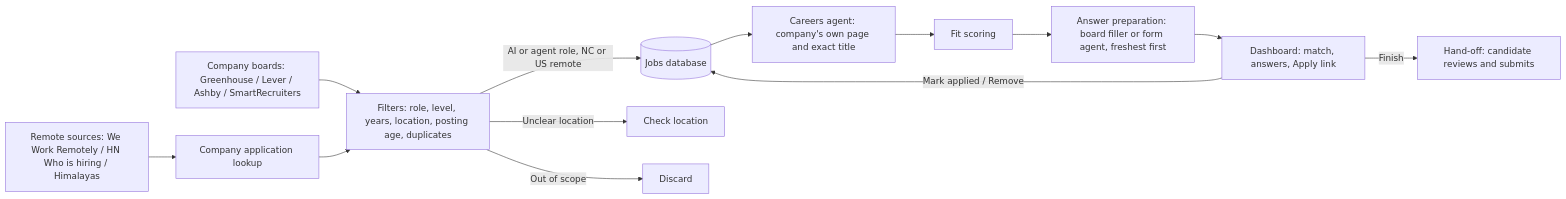
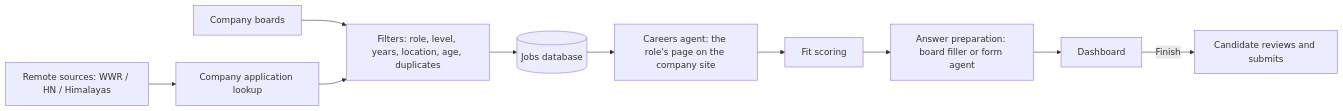
The diagram in README.md (armita-jamshidi/Apply_Auto), drawn with Mermaid before and after one commit. The commit also changed other lines of this file, not shown here.

````diff
--- a/README.md
+++ b/README.md
@@ -9,15 +40,11 @@
 ```mermaid
 flowchart LR
-    C[Company boards: Greenhouse / Lever / Ashby / SmartRecruiters] --> F
-    R[Remote sources: We Work Remotely / HN Who is hiring / Himalayas] --> L[Company application lookup]
-    L --> F[Filters: role, level, years, location, posting age, duplicates]
-    F -->|AI or agent role, NC or US remote| D[(Jobs database)]
-    F -->|Unclear location| Q[Check location]
-    F -->|Out of scope| X[Discard]
-    D --> K[Careers agent: company's own page and exact title]
+    C[Company boards] --> F[Filters: role, level, years, location, age, duplicates]
+    R[Remote sources: WWR / HN / Himalayas] --> L[Company application lookup] --> F
+    F --> D[(Jobs database)]
+    D --> K[Careers agent: the role's page on the company site]
     K --> S[Fit scoring]
-    S --> P[Answer preparation: board filler or form agent, freshest first]
-    P --> B[Dashboard: match, answers, Apply link]
-    B -->|Finish| H[Hand-off: candidate reviews and submits]
-    B -->|Mark applied / Remove| D
+    S --> P[Answer preparation: board filler or form agent]
+    P --> B[Dashboard]
+    B -->|Finish| H[Candidate reviews and submits]
 ```
````
